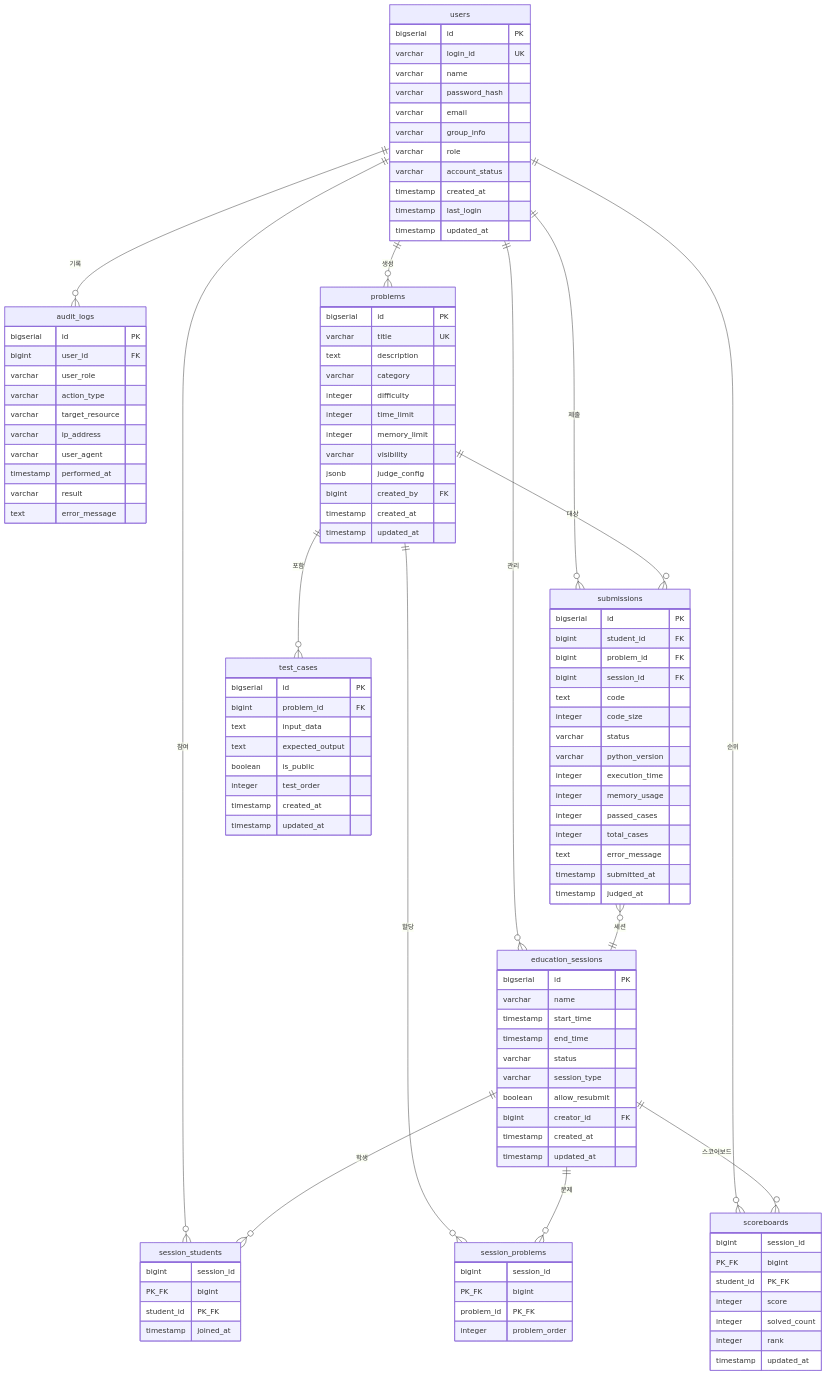
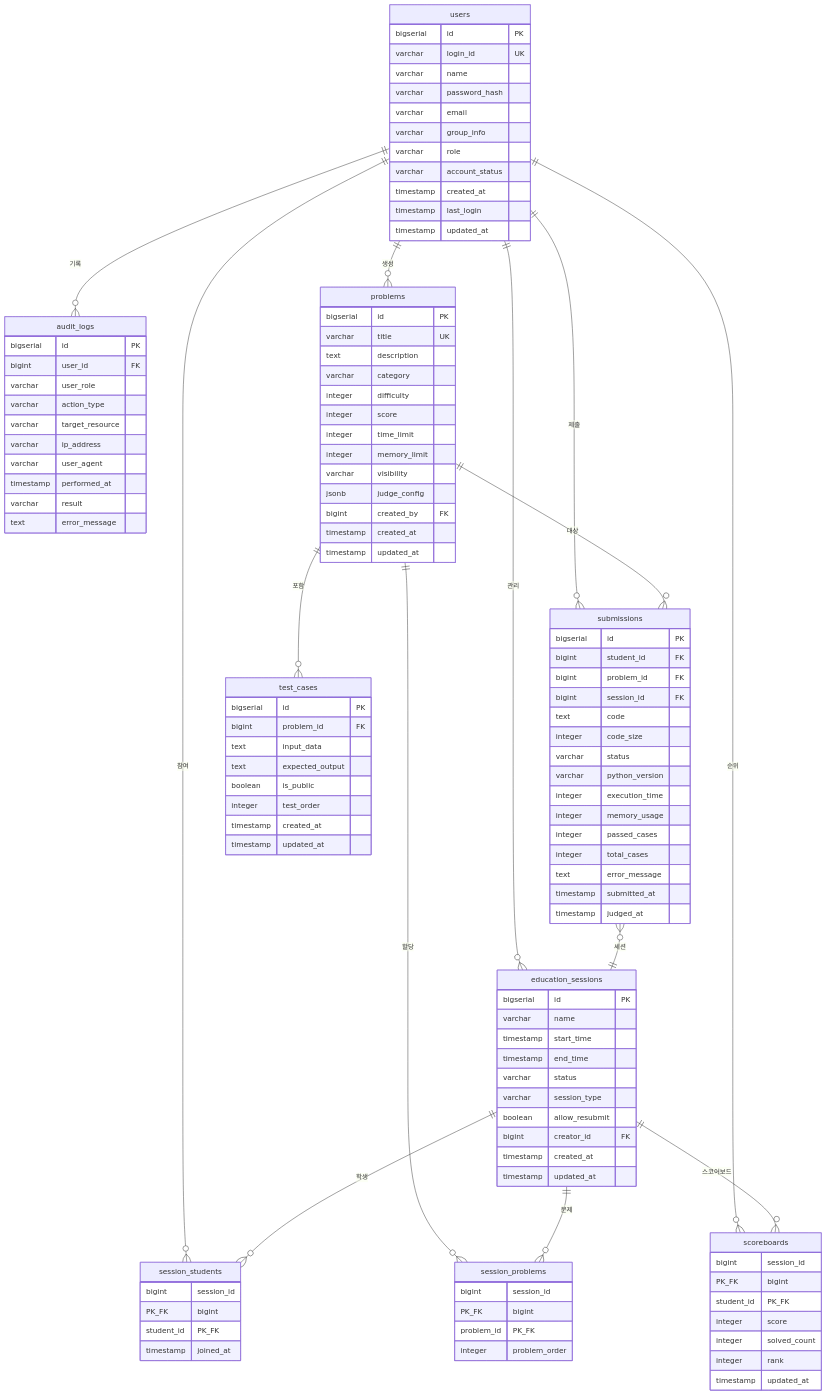
Before and after one commit to midopa-dept/python-code-judge: the diagram in docs/6-erd.md, drawn with Mermaid. The commit also changed other lines of this file and 36 other files, not shown here.

```diff
--- a/docs/6-erd.md
+++ b/docs/6-erd.md
@@ -47,6 +47,7 @@
         text description
         varchar category
         integer difficulty
+        integer score
         integer time_limit
         integer memory_limit
         varchar visibility
```
